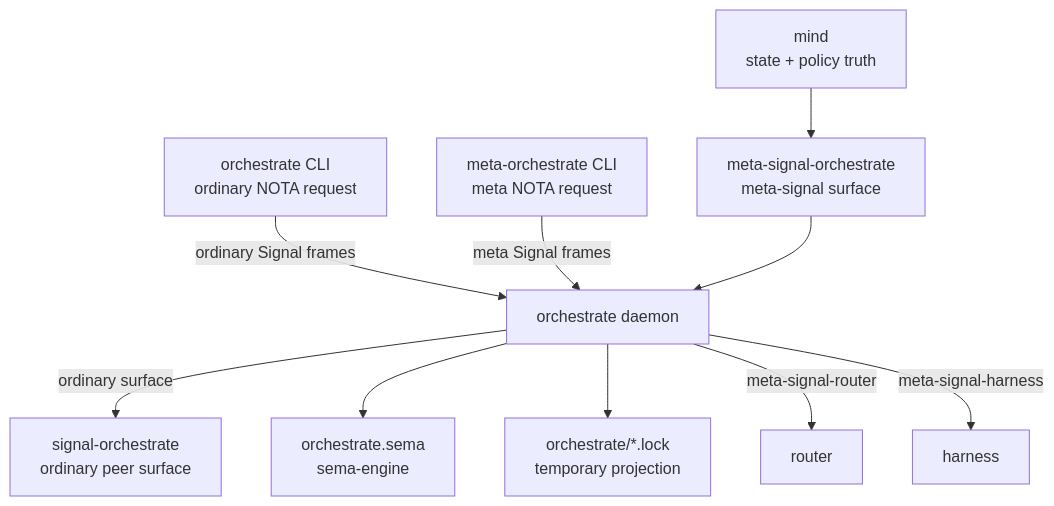
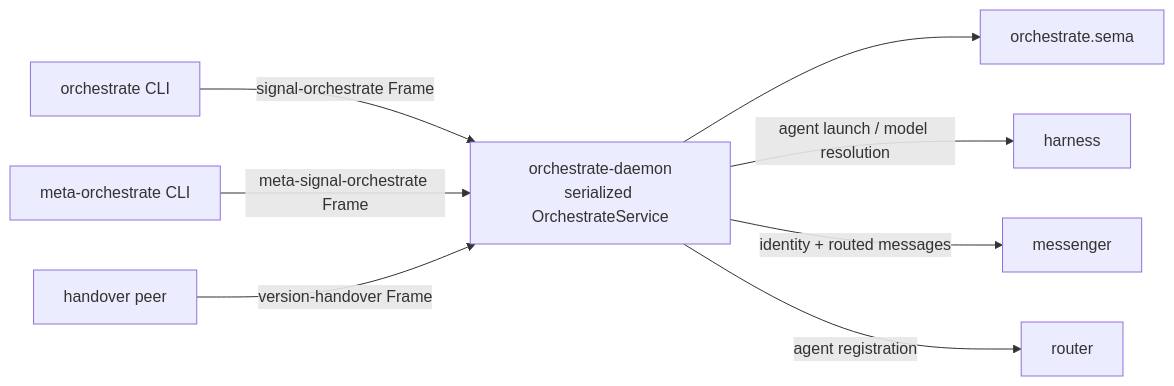
One commit to LiGoldragon/orchestrate changed the diagram in ARCHITECTURE.md. Above: the diagram before and after it, drawn with Mermaid. The commit also changed other lines of this file and 49 other files, not shown here.

Commit message:
orchestrate: replace generated daemon schema with strict Dotos contracts (primary-hqu.11)

````diff
--- a/ARCHITECTURE.md
+++ b/ARCHITECTURE.md
@@ -134,23 +22,10 @@
 ```mermaid
-flowchart TB
-    mind["mind<br/>state + policy truth"]
-    cli["orchestrate CLI<br/>ordinary NOTA request"]
-    metacli["meta-orchestrate CLI<br/>meta NOTA request"]
-    daemon["orchestrate daemon"]
-    ordinary["signal-orchestrate<br/>ordinary peer surface"]
-    meta["meta-signal-orchestrate<br/>meta-signal surface"]
-    store["orchestrate.sema<br/>sema-engine"]
-    router["router"]
-    harness["harness"]
-    locks["orchestrate/*.lock<br/>temporary projection"]
-
-    cli -- "ordinary Signal frames" --> daemon
-    metacli -- "meta Signal frames" --> daemon
-    daemon -- "ordinary surface" --> ordinary
-    mind --> meta
-    meta --> daemon
-    daemon --> store
-    daemon --> locks
-    daemon -- "meta-signal-router" --> router
-    daemon -- "meta-signal-harness" --> harness
+flowchart LR
+    ordinary["orchestrate CLI"] -->|"signal-orchestrate Frame"| daemon
+    meta["meta-orchestrate CLI"] -->|"meta-signal-orchestrate Frame"| daemon
+    upgrade["handover peer"] -->|"version-handover Frame"| daemon
+    daemon["orchestrate-daemon\nserialized OrchestrateService"] --> store["orchestrate.sema"]
+    daemon -->|"agent launch / model resolution"| harness["harness"]
+    daemon -->|"identity + routed messages"| messenger["messenger"]
+    daemon -->|"agent registration"| router["router"]
 ```
````
